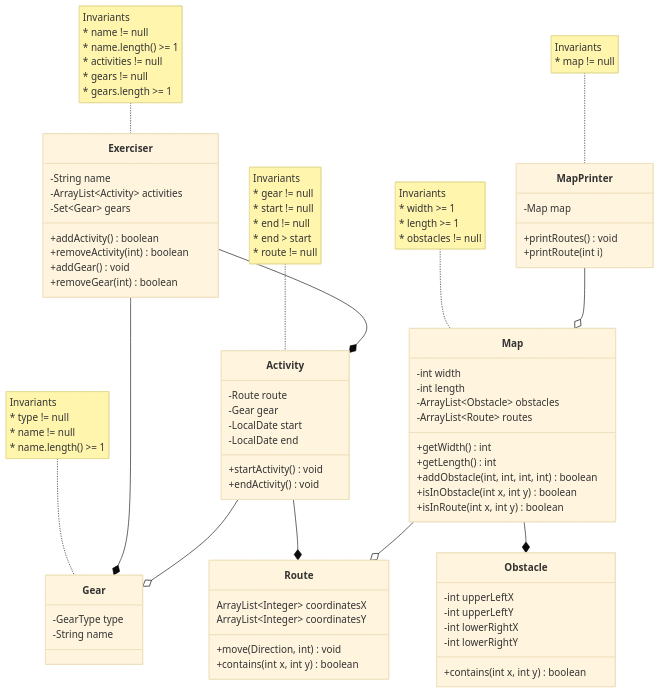
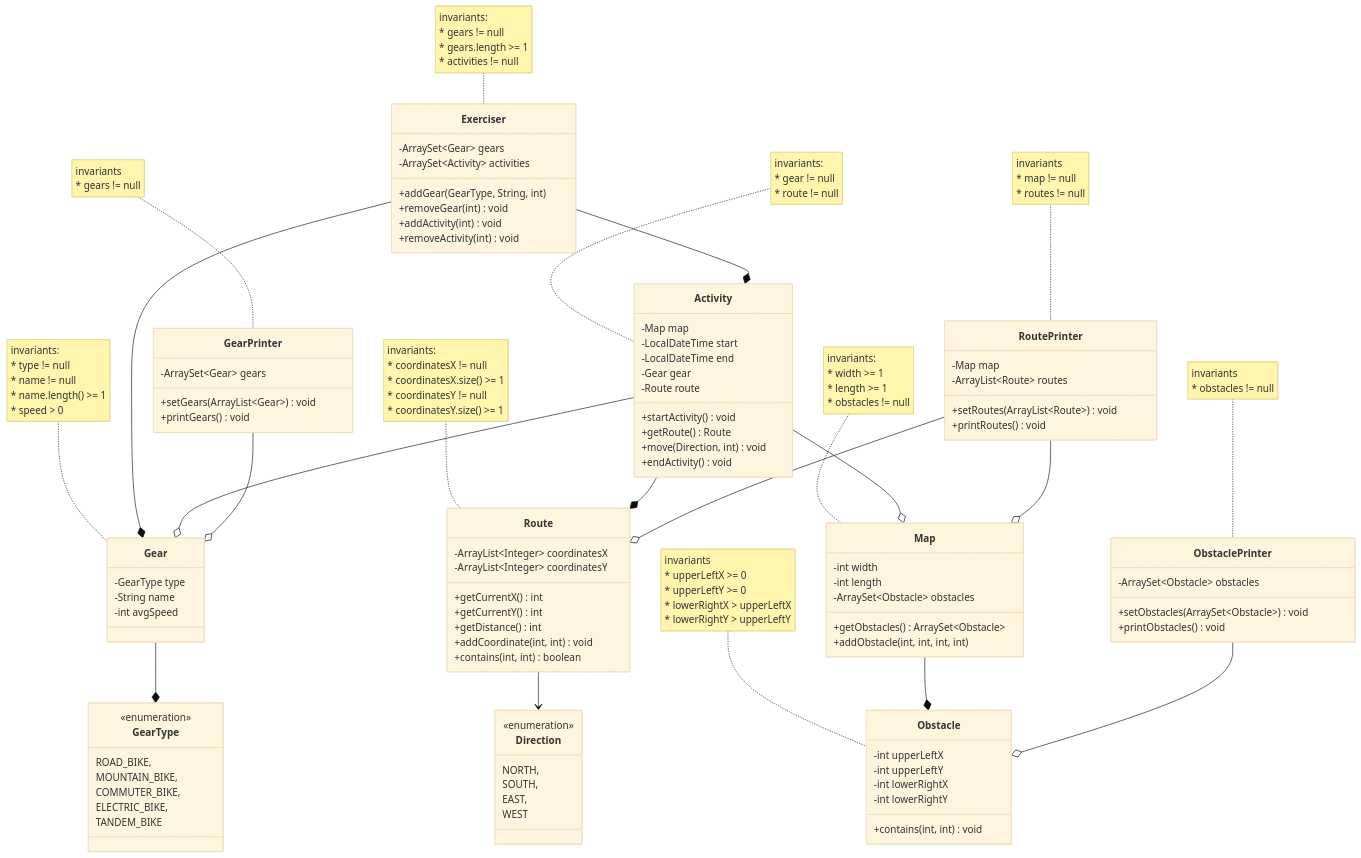
One commit to NarekVeranyan05/exercise_tracker changed the diagram in README.md. Above: the diagram before and after it, drawn with Mermaid (base theme). The commit also changed other lines of this file and 9 other files, not shown here.

````diff
--- a/README.md
+++ b/README.md
@@ -13,130 +13,168 @@
-```mermaid
+```mermaid 
 classDiagram
-%%    class TrackerManager {
-%%        Exerciser exerciser
-%%        Map map
-%%        
-%%        +Read(Scanner) void 
-%%    }
-%%    
-    
     class Exerciser {
-        %% order by date
-        -String name
-        -ArrayList~Activity~ activities 
-        -Set~Gear~ gears
+        -ArraySet~Gear~ gears
+        -ArraySet~Activity~ activities
         
-        +addActivity() boolean
-        %% should be >= 0
-        +removeActivity(int) boolean
-        +addGear() void
-        %% should be >= 0
-        +removeGear(int) boolean
+        +addGear(GearType, String, int)
+        +removeGear(int) void
+        +addActivity(int) void 
+        +removeActivity(int) void
     }
     
-    note for Exerciser " Invariants
-        * name != null
-        * name.length() >= 1
+    note for Exerciser"invariants:
+        * gears != null
+        * gears.length >= 1
         * activities != null
-        * gears != null
-        * gears.length >= 1 
-    "
-    
-    class Map {
-        %% should be > 0
-        -int width
-        %% should be > 0
-        -int length
-        -ArrayList~Obstacle~ obstacles
-        -ArrayList~Route~ routes
-        
-        %% should return > 0
-        +getWidth() int
-        %% should return > 0
-        +getLength() int
-        %% params should be > 0
-        +addObstacle(int, int, int, int) boolean
-        +isInObstacle(int x, int y) boolean
-        +isInRoute(int x, int y) boolean
-    }
-    
-    note for Map "Invariants
-        * width >= 1
-        * length >= 1
-        * obstacles != null
-    "
-    
-    class Obstacle {
-        %% should be > 0
-        -int upperLeftX
-        %% should be > 0
-        -int upperLeftY
-        %% should be > 0
-        -int lowerRightX
-        %% should be > 0
-        -int lowerRightY
-        
-        +contains(int x, int y) boolean
-    }
-    
-    class Route {
-        ArrayList~Integer~ coordinatesX
-        ArrayList~Integer~ coordinatesY
-
-        +move(Direction, int) void
-        +contains(int x, int y) boolean
-    }
-    
-    class Activity {
-        -Route route
-        -Gear gear
-        -LocalDate start
-        -LocalDate end
-     
-        +startActivity() void
-        +endActivity() void
-    }
-    
-    %% FIXME how to state end > start
-    note for Activity "Invariants
-        * gear != null
-        * start != null
-        * end != null
-        * end > start
-        * route != null
     "
     
     class Gear {
         -GearType type
         -String name
+        -int avgSpeed
     }
     
-    note for Gear "Invariants
+    note for Gear"invariants:
         * type != null
         * name != null
         * name.length() >= 1
+        * speed > 0
     "
     
-    class MapPrinter {
+    class GearType {
+        <<enumeration>>
+        ROAD_BIKE,
+        MOUNTAIN_BIKE,
+        COMMUTER_BIKE,
+        ELECTRIC_BIKE,
+        TANDEM_BIKE
+    }
+    
+    class Activity{
         -Map map
+        -LocalDateTime start
+        -LocalDateTime end
+        %% should have gear to start activity
+        -Gear gear
+        -Route route
         
+        +startActivity() void
+        +getRoute() Route
+        +move(Direction, int) void
+        +endActivity() void
+    }
+    
+    note for Activity"invariants:
+        * gear != null
+        * route != null
+    "
+        
+    class Route {
+        %% each entry must be >= 0
+        -ArrayList~Integer~ coordinatesX
+        %% each entry must be >= 0
+        -ArrayList~Integer~ coordinatesY
+        
+        +getCurrentX() int
+        +getCurrentY() int
+        +getDistance() int
+        +addCoordinate(int, int) void
+        +contains(int, int) boolean
+    }
+    
+    note for Route"invariants:
+        * coordinatesX != null
+        * coordinatesX.size() >= 1
+        * coordinatesY != null
+        * coordinatesY.size() >= 1
+    "
+    
+    class Direction {
+        <<enumeration>>
+        NORTH,
+        SOUTH,
+        EAST,
+        WEST
+    }
+    
+    class Map {
+        -int width
+        -int length
+        -ArraySet~Obstacle~ obstacles
+        
+        +getObstacles() ArraySet~Obstacle~
+        +addObstacle(int, int, int, int)
+    }
+    
+    note for Map"invariants:
+        * width >= 1
+        * length >= 1
+        * obstacles != null"
+    
+    class Obstacle {
+        -int upperLeftX
+        -int upperLeftY
+        -int lowerRightX
+        -int lowerRightY
+        
+        +contains(int, int) void
+    }
+    
+    note for Obstacle"invariants
+        * upperLeftX >= 0
+        * upperLeftY >= 0
+        * lowerRightX > upperLeftX
+        * lowerRightY > upperLeftY
+    "
+    
+    class GearPrinter {
+        -ArraySet~Gear~ gears
+        
+        +setGears(ArrayList~Gear~) void
+        +printGears() void
+    }
+    
+    note for GearPrinter"invariants
+        * gears != null
+    "
+    
+    class RoutePrinter {
+        -Map map
+        -ArrayList~Route~ routes
+        
+        +setRoutes(ArrayList~Route~) void
         +printRoutes() void
-        +printRoute(int i)
     }
 
-    note for MapPrinter "Invariants
+    note for RoutePrinter"invariants
         * map != null
+        * routes != null
     "
     
-    
+    class ObstaclePrinter {
+        -ArraySet~Obstacle~ obstacles
+        
+        +setObstacles(ArraySet~Obstacle~) void
+        +printObstacles() void
+    }
+
+    note for ObstaclePrinter"invariants
+        * obstacles != null
+    "
     
     %% class relationships
     Exerciser --* Activity
     Exerciser --* Gear
     Activity --* Route
     Map --* Obstacle
+    Gear --* GearType
     
-    Map --o Route
     Activity --o Gear
-    MapPrinter --o Map
+    Activity --o Map
+    GearPrinter --o Gear
+    RoutePrinter --o Route
+    RoutePrinter --o Map
+    ObstaclePrinter --o Obstacle
+
+    Route --> Direction
 ```
````
